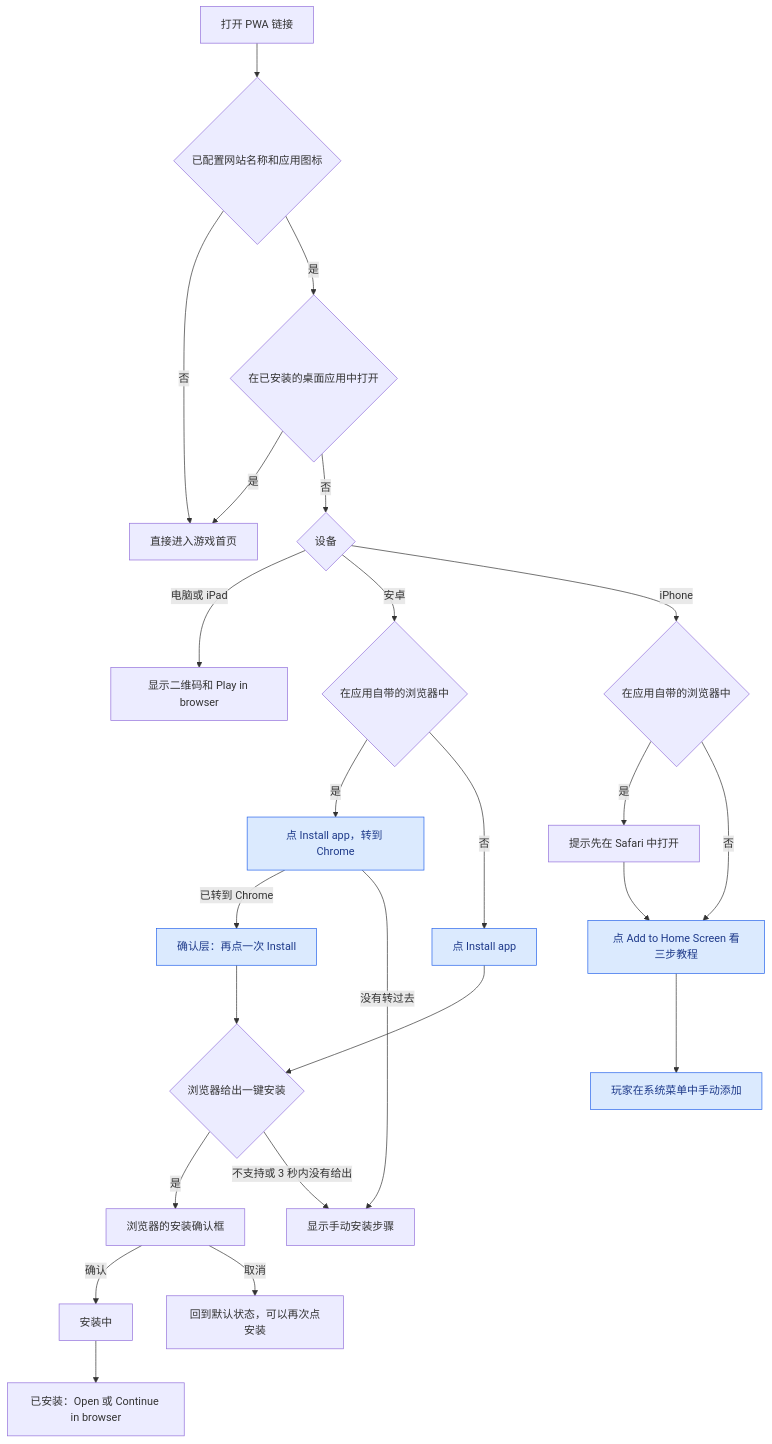
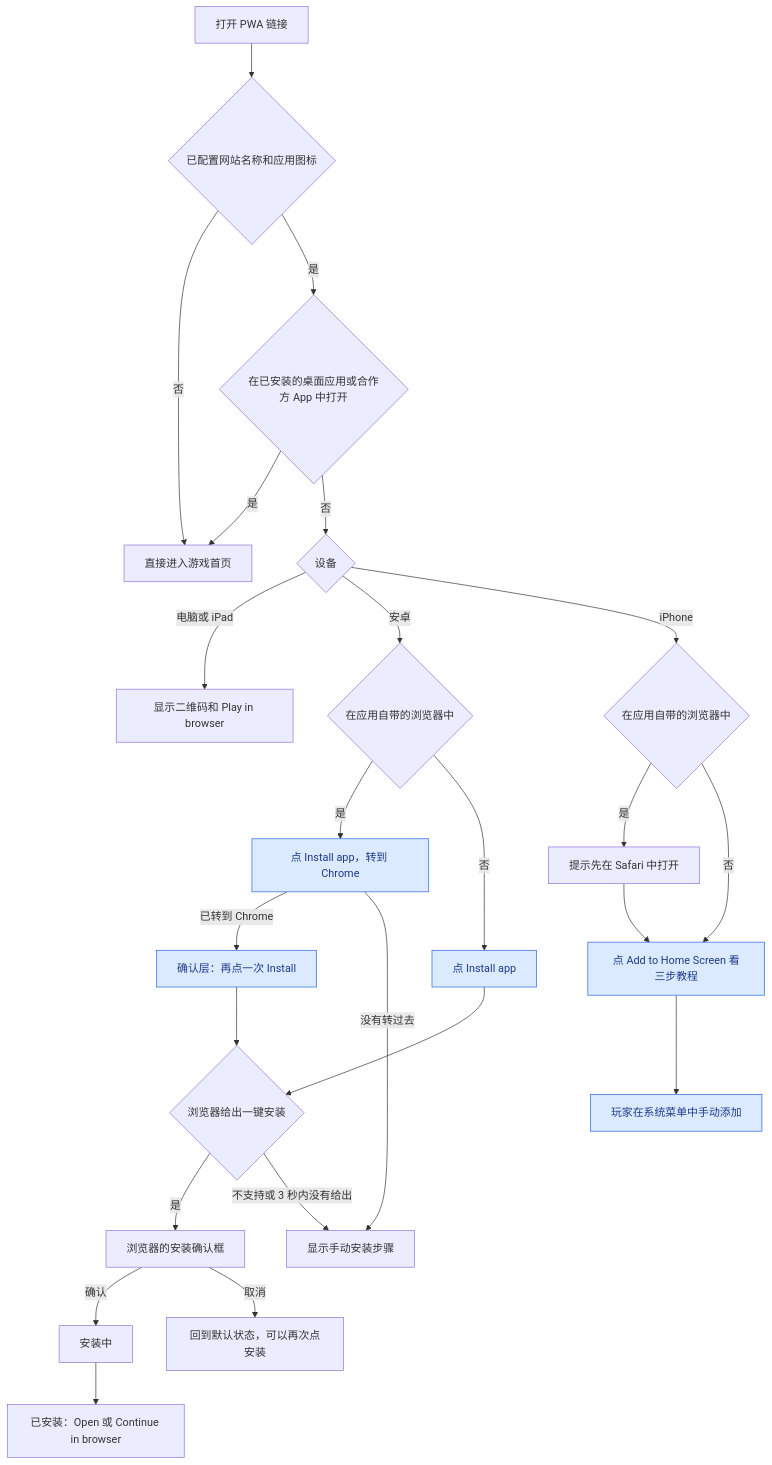
One commit to bingo-lab-1/bingo-figma changed the diagram in 玩家端/安装到桌面/README.md. Above: the diagram before and after it, drawn with Mermaid. The commit also changed other lines of this file and 7 other files, not shown here.

````diff
--- a/玩家端/安装到桌面/README.md
+++ b/玩家端/安装到桌面/README.md
@@ -63,28 +64,28 @@
 ```mermaid
 flowchart TD
     open["打开 PWA 链接"] --> ready{"已配置网站名称和应用图标"}
     ready -- 否 --> game["直接进入游戏首页"]
-    ready -- 是 --> standalone{"在已安装的桌面应用中打开"}
+    ready -- 是 --> standalone{"在已安装的桌面应用或合作方 App 中打开"}
     standalone -- 是 --> game
     standalone -- 否 --> device{"设备"}
     device -- 电脑或 iPad --> desktop["显示二维码和 Play in browser"]
     device -- 安卓 --> androidInApp{"在应用自带的浏览器中"}
     androidInApp -- 是 --> toChrome["点 Install app，转到 Chrome"]
     toChrome -- 已转到 Chrome --> confirmLayer["确认层：再点一次 Install"]
     toChrome -- 没有转过去 --> manual["显示手动安装步骤"]
     androidInApp -- 否 --> install["点 Install app"]
     install --> offer{"浏览器给出一键安装"}
     confirmLayer --> offer
     offer -- 是 --> system["浏览器的安装确认框"]
     offer -- 不支持或 3 秒内没有给出 --> manual
     system -- 确认 --> installing["安装中"]
     system -- 取消 --> cancelled["回到默认状态，可以再次点安装"]
     installing --> done["已安装：Open 或 Continue in browser"]
     device -- iPhone --> iosInApp{"在应用自带的浏览器中"}
     iosInApp -- 是 --> toSafari["提示先在 Safari 中打开"]
     toSafari --> guide["点 Add to Home Screen 看三步教程"]
     iosInApp -- 否 --> guide
     guide --> added["玩家在系统菜单中手动添加"]
     classDef action fill:#dbeafe,stroke:#2563eb,color:#1e3a8a
     class toChrome,confirmLayer,install,guide,added action
 ```
````
